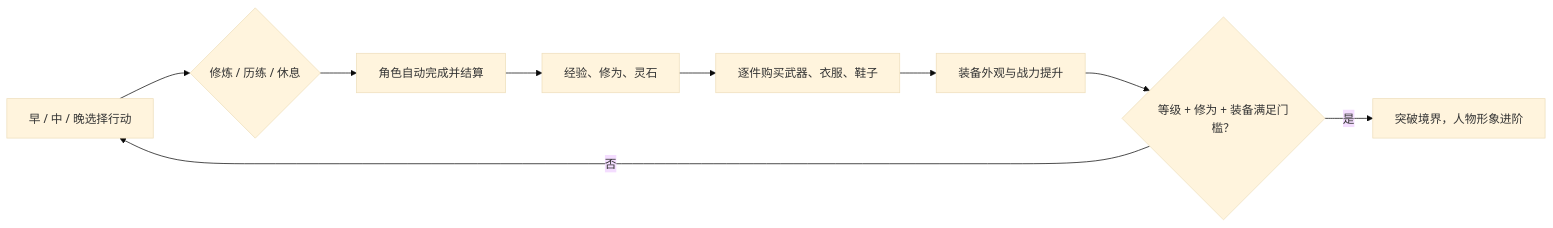
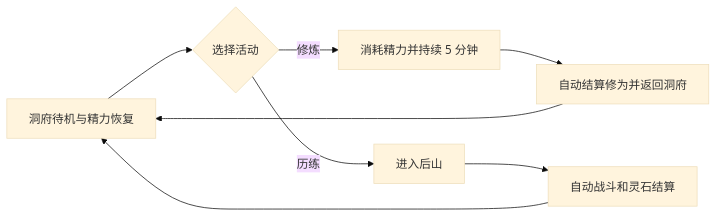
The diagram in docs/gameplay-and-entrypoints.md (ZeroCc7/immortal_pet_v2), drawn with Mermaid (base theme) before and after one commit. The commit also changed other lines of this file and 9 other files, not shown here.

````diff
--- a/docs/gameplay-and-entrypoints.md
+++ b/docs/gameplay-and-entrypoints.md
@@ -19,11 +11,10 @@
 ```mermaid
 flowchart LR
-    A["早 / 中 / 晚选择行动"] --> B{"修炼 / 历练 / 休息"}
-    B --> C["角色自动完成并结算"]
-    C --> D["经验、修为、灵石"]
-    D --> E["逐件购买武器、衣服、鞋子"]
-    E --> F["装备外观与战力提升"]
-    F --> G{"等级 + 修为 + 装备满足门槛？"}
-    G -->|是| H["突破境界，人物形象进阶"]
-    G -->|否| A
+    A[洞府待机与精力恢复] --> B{选择活动}
+    B -->|修炼| C[消耗精力并持续 5 分钟]
+    B -->|历练| D[进入后山]
+    C --> E[自动结算修为并返回洞府]
+    D --> F[自动战斗和灵石结算]
+    E --> A
+    F --> A
 ```
````
